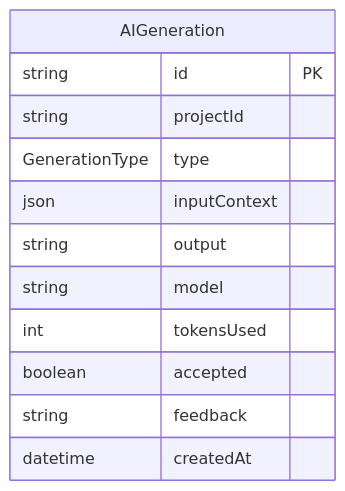
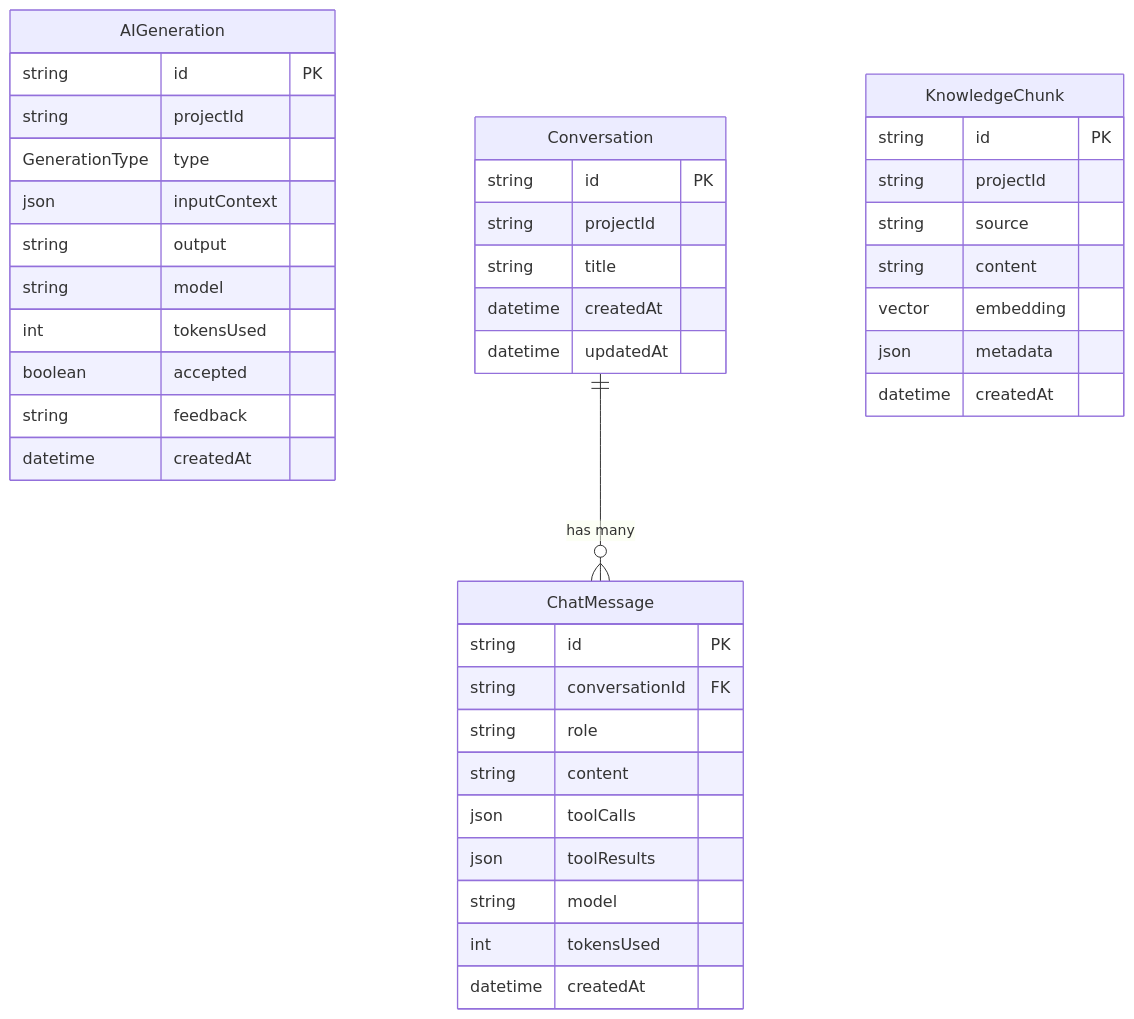
The sixth of 8 diagrams in docs/en/database.md (micode-ai/testing-ai-assistant), drawn with Mermaid before and after one commit. The commit also changed other lines of this file and 43 other files, not shown here.

Commit message:
TAA-4: AI Chat with Tool Calling & RAG

````diff
--- a/docs/en/database.md
+++ b/docs/en/database.md
@@ -211,15 +211,47 @@
 ```mermaid
 erDiagram
     AIGeneration {
         string id PK
         string projectId
         GenerationType type
         json inputContext
         string output
         string model
         int tokensUsed
         boolean accepted
         string feedback
         datetime createdAt
     }
+
+    Conversation {
+        string id PK
+        string projectId
+        string title
+        datetime createdAt
+        datetime updatedAt
+    }
+
+    ChatMessage {
+        string id PK
+        string conversationId FK
+        string role
+        string content
+        json toolCalls
+        json toolResults
+        string model
+        int tokensUsed
+        datetime createdAt
+    }
+
+    KnowledgeChunk {
+        string id PK
+        string projectId
+        string source
+        string content
+        vector embedding
+        json metadata
+        datetime createdAt
+    }
+
+    Conversation ||--o{ ChatMessage : "has many"
 ```
````
